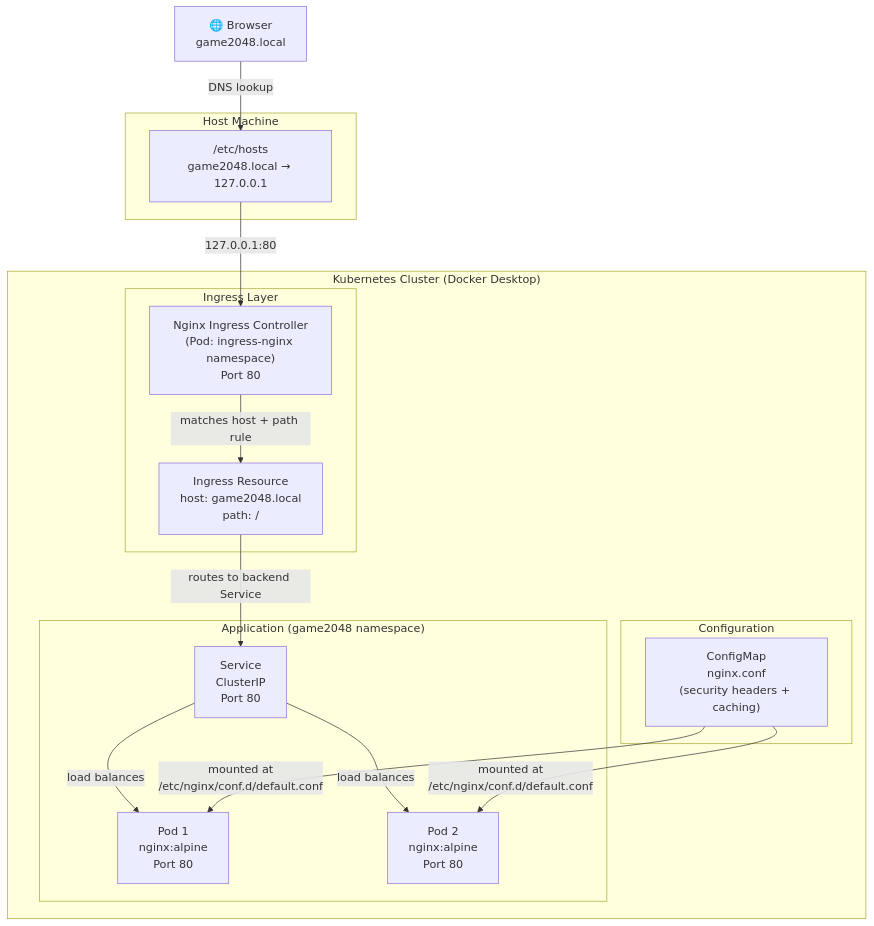
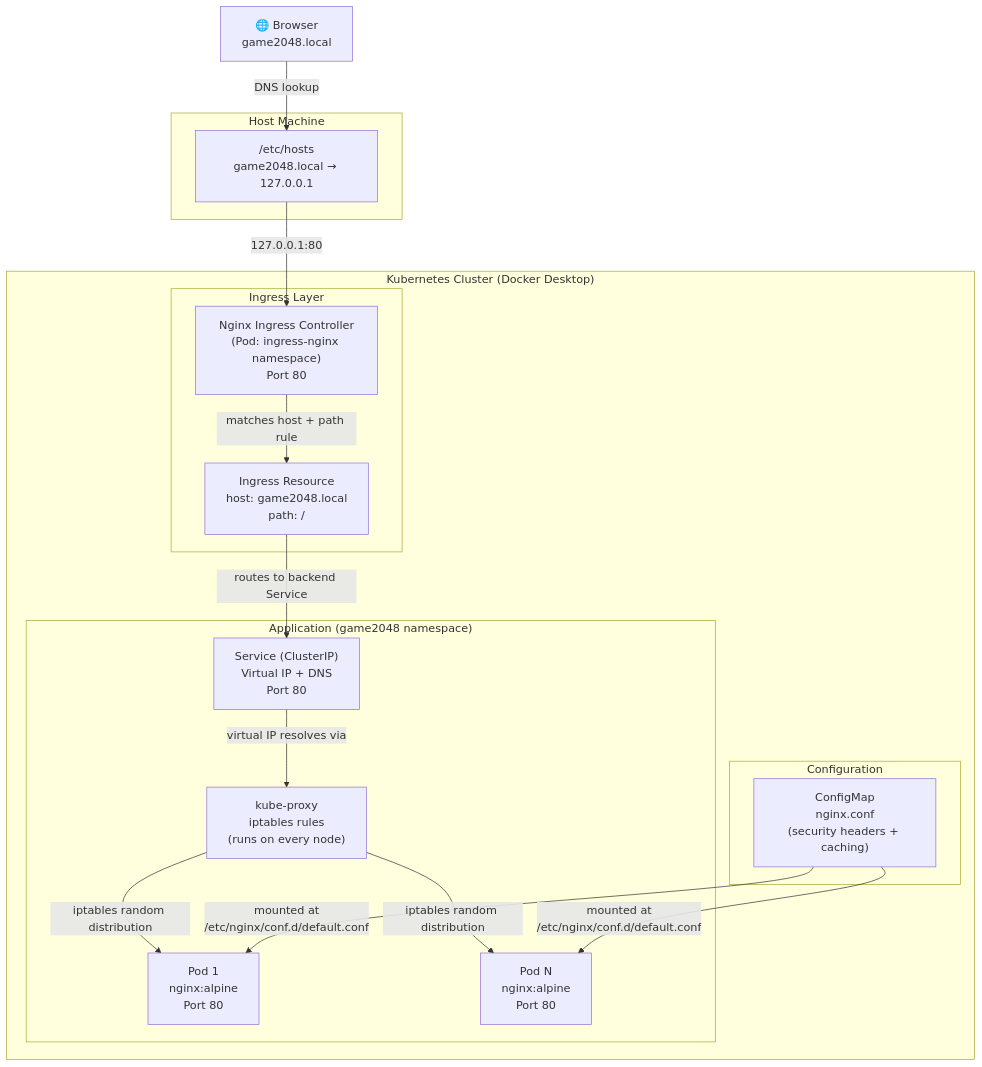
Before and after one commit to yairm1/R-Devops-Home-Task: the diagram in docs/traffic-flow.md, drawn with Mermaid. The commit also changed other lines of this file, not shown here.

Commit message:
docs: fix traffic flow diagram - kube-proxy does the load balancing not the Service

````diff
--- a/docs/traffic-flow.md
+++ b/docs/traffic-flow.md
@@ -3,34 +3,36 @@
 ```mermaid
 flowchart TD
     Browser["🌐 Browser\ngame2048.local"]
 
     subgraph OS["Host Machine"]
         Hosts["/etc/hosts\ngame2048.local → 127.0.0.1"]
     end
 
     subgraph K8S["Kubernetes Cluster (Docker Desktop)"]
         subgraph Ingress["Ingress Layer"]
             IC["Nginx Ingress Controller\n(Pod: ingress-nginx namespace)\nPort 80"]
             IR["Ingress Resource\nhost: game2048.local\npath: /"]
         end
 
         subgraph App["Application (game2048 namespace)"]
-            SVC["Service\nClusterIP\nPort 80"]
+            SVC["Service (ClusterIP)\nVirtual IP + DNS\nPort 80"]
+            KP["kube-proxy\niptables rules\n(runs on every node)"]
             POD1["Pod 1\nnginx:alpine\nPort 80"]
-            POD2["Pod 2\nnginx:alpine\nPort 80"]
+            POD2["Pod N\nnginx:alpine\nPort 80"]
         end
 
         subgraph Config["Configuration"]
             CM["ConfigMap\nnginx.conf\n(security headers + caching)"]
         end
     end
 
     Browser -->|"DNS lookup"| Hosts
     Hosts -->|"127.0.0.1:80"| IC
     IC -->|"matches host + path rule"| IR
     IR -->|"routes to backend Service"| SVC
-    SVC -->|"load balances"| POD1
-    SVC -->|"load balances"| POD2
+    SVC -->|"virtual IP resolves via"| KP
+    KP -->|"iptables random distribution"| POD1
+    KP -->|"iptables random distribution"| POD2
     CM -->|"mounted at\n/etc/nginx/conf.d/default.conf"| POD1
     CM -->|"mounted at\n/etc/nginx/conf.d/default.conf"| POD2
 ```
````
